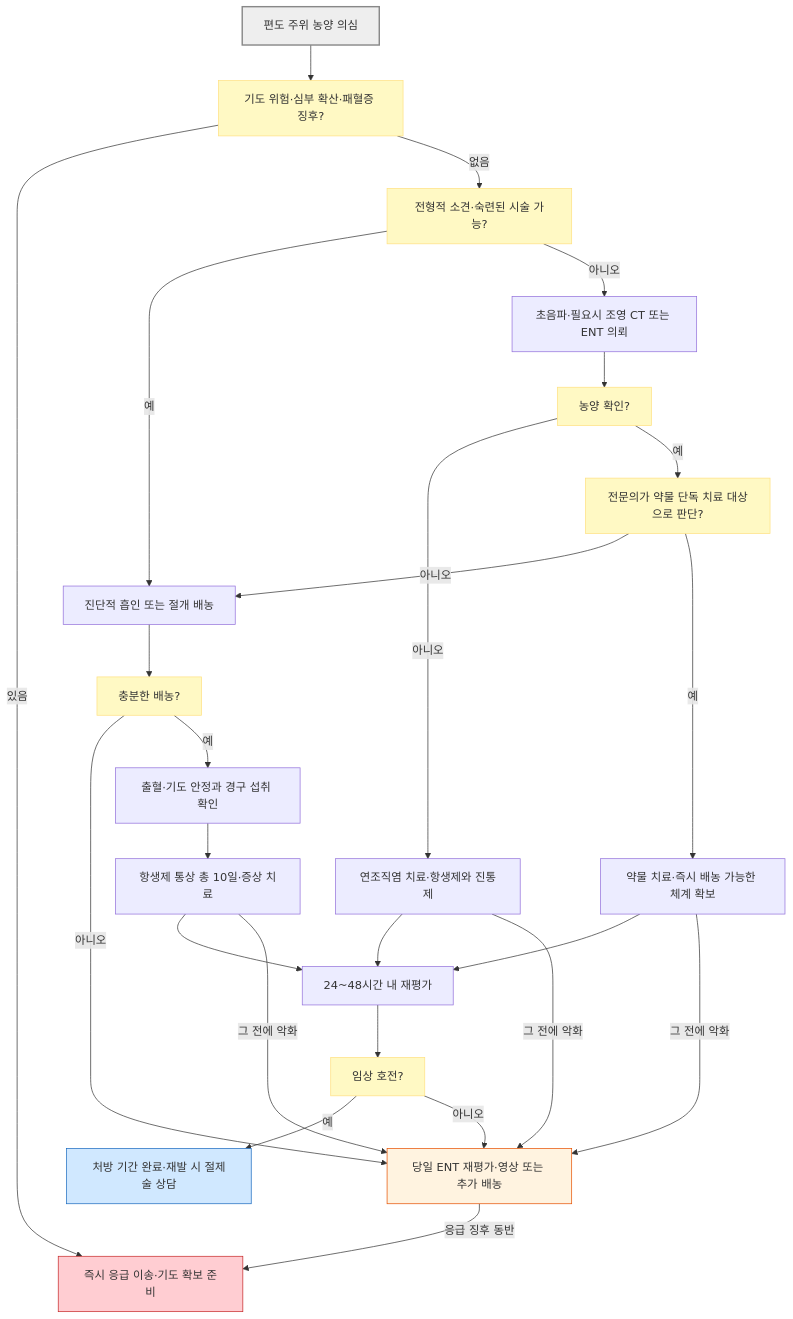
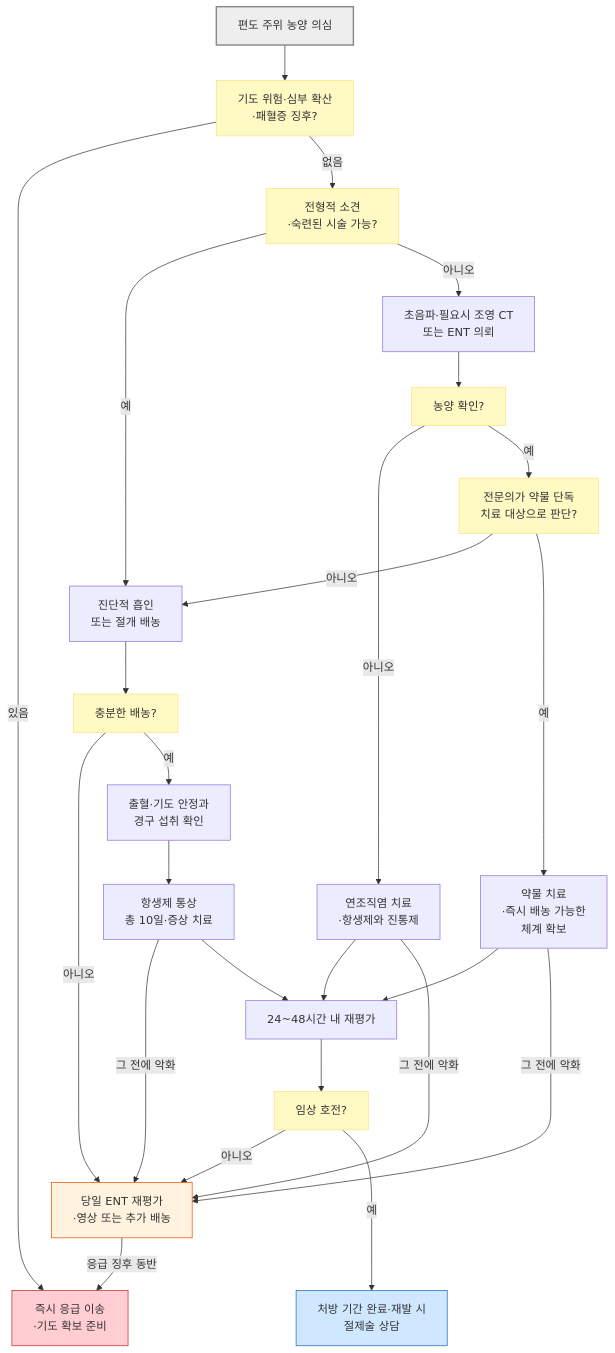
One commit to familyoh77/familyoh77 changed the diagram in 223_/065_-peritonsillar-abscess.md. Above: the diagram before and after it, drawn with Mermaid. The commit also changed other lines of this file, not shown here.

````diff
--- a/223_/065_-peritonsillar-abscess.md
+++ b/223_/065_-peritonsillar-abscess.md
@@ -110,33 +110,34 @@
 ```mermaid
 flowchart TD
-    A["편도 주위 농양 의심"] --> B["기도 위험·심부 확산·패혈증 징후?"]
-    B -- 있음 --> C["즉시 응급 이송·기도 확보 준비"]
-    B -- 없음 --> D["전형적 소견·숙련된 시술 가능?"]
-    D -- 예 --> G["진단적 흡인 또는 절개 배농"]
-    D -- 아니오 --> E["초음파·필요시 조영 CT 또는 ENT 의뢰"]
+    A["편도 주위 농양 의심"] --> B["기도 위험·심부 확산<br/>·패혈증 징후?"]
+    B -- 있음 --> C["즉시 응급 이송<br/>·기도 확보 준비"]
+    B -- 없음 --> D["전형적 소견<br/>·숙련된 시술 가능?"]
+    D -- 예 --> G["진단적 흡인 <br/>또는 절개 배농"]
+    D -- 아니오 --> E["초음파·필요시 조영 CT <br/>또는 ENT 의뢰"]
     E --> Q["농양 확인?"]
-    Q -- 아니오 --> F["연조직염 치료·항생제와 진통제"]
-    Q -- 예 --> R["전문의가 약물 단독 치료 대상으로 판단?"]
+    Q -- 아니오 --> F["연조직염 치료<br/>·항생제와 진통제"]
+    Q -- 예 --> R["전문의가 약물 단독 <br/>치료 대상으로 판단?"]
     R -- 아니오 --> G
-    R -- 예 --> S["약물 치료·즉시 배농 가능한 체계 확보"]
+    R -- 예 --> S["약물 치료<br/>·즉시 배농 가능한 <br/>체계 확보"]
     G --> H["충분한 배농?"]
-    H -- 아니오 --> J["당일 ENT 재평가·영상 또는 추가 배농"]
-    H -- 예 --> O["출혈·기도 안정과 경구 섭취 확인"]
-    O --> I["항생제 통상 총 10일·증상 치료"]
-    I --> K["24~48시간 내 재평가"]
+    H -- 아니오 --> J["당일 ENT 재평가<br/>·영상 또는 추가 배농"]
+    H -- 예 --> O["출혈·기도 안정과 <br/>경구 섭취 확인"]
+    O --> I["항생제 통상 <br/>총 10일·증상 치료"]
     F --> K
     S --> K
     K --> M["임상 호전?"]
-    M -- 예 --> N["처방 기간 완료·재발 시 절제술 상담"]
     M -- 아니오 --> J
     I -- 그 전에 악화 --> J
+    I --> K["24~48시간 내 재평가"]
     F -- 그 전에 악화 --> J
     S -- 그 전에 악화 --> J
     J -- 응급 징후 동반 --> C
+    M -- 예 ---> N["처방 기간 완료·재발 시 <br/>절제술 상담"]
+
     classDef question fill:#fff9c4,stroke:#ffe082
     class B,D,Q,R,H,M question
     style A fill:#eeeeee,stroke:#888888,stroke-width:2px
     style C fill:#ffcdd2,stroke:#c62828
     style J fill:#fff3e0,stroke:#e65100
     style N fill:#d0e8ff,stroke:#1a6abf
 ```
````
